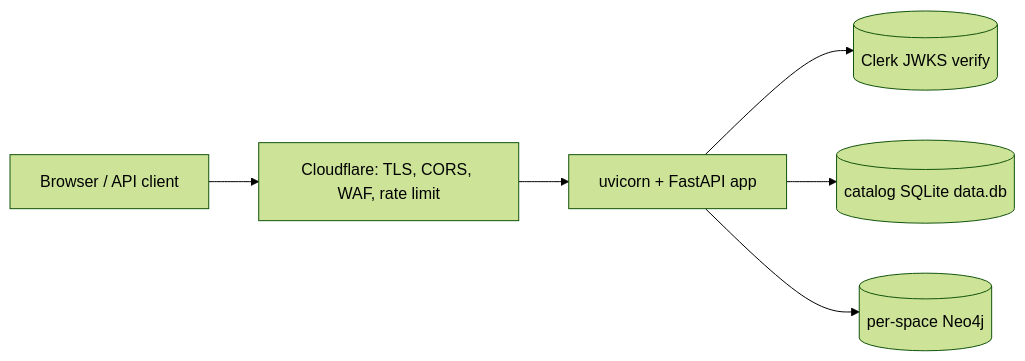
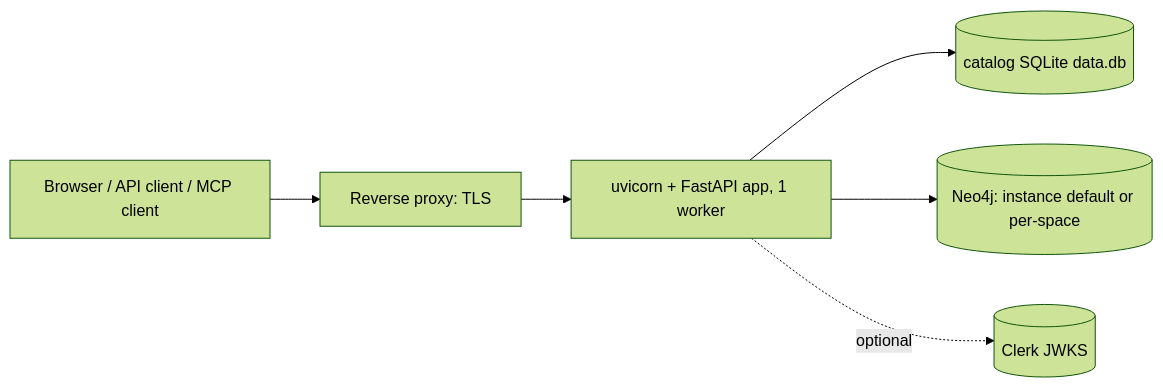
Before and after one commit to MitchMcQuinn/pona-flow: the diagram in Docs/DEPLOYMENT.md, drawn with Mermaid (forest theme). The commit also changed other lines of this file and 13 other files, not shown here.

````diff
--- a/Docs/DEPLOYMENT.md
+++ b/Docs/DEPLOYMENT.md
@@ -13,8 +9,8 @@
 ```mermaid
 flowchart LR
-  User[Browser / API client] --> CF[Cloudflare: TLS, CORS, WAF, rate limit]
-  CF --> Uvicorn[uvicorn + FastAPI app]
-  Uvicorn --> Clerk[(Clerk JWKS verify)]
+  User[Browser / API client / MCP client] --> Proxy[Reverse proxy: TLS]
+  Proxy --> Uvicorn[uvicorn + FastAPI app, 1 worker]
   Uvicorn --> Catalog[(catalog SQLite data.db)]
-  Uvicorn --> Neo4j[(per-space Neo4j)]
+  Uvicorn --> Neo4j[(Neo4j: instance default or per-space)]
+  Uvicorn -. optional .-> Clerk[(Clerk JWKS)]
 ```
````
